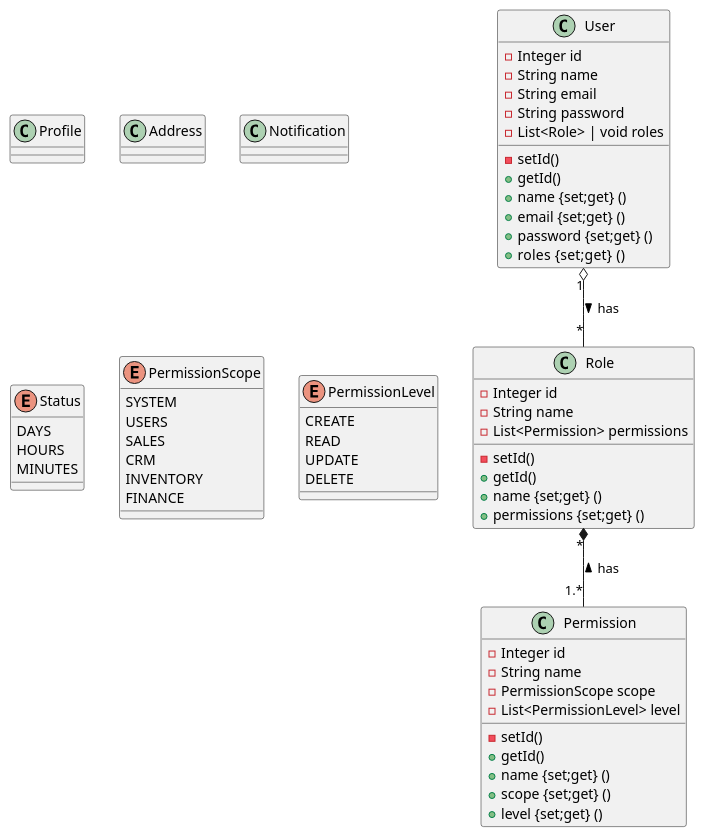
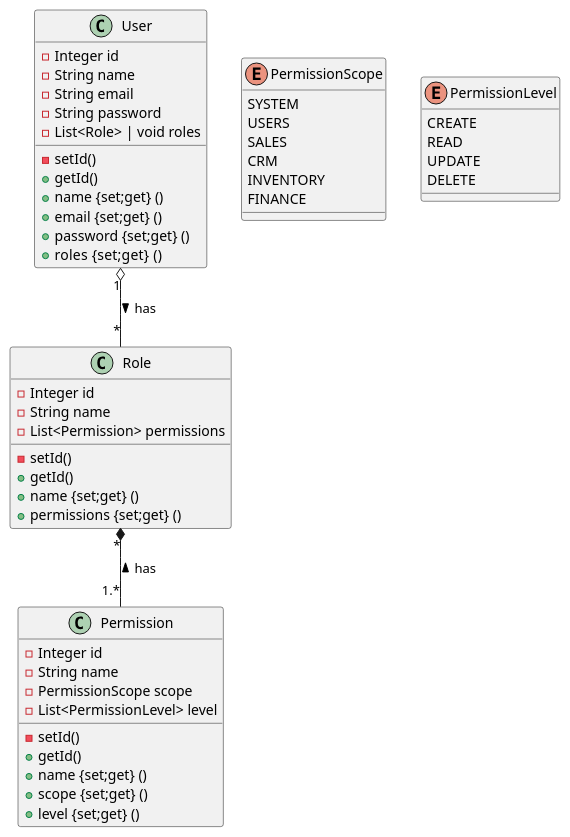
Before and after one commit to ines-erp/knowledgebase: the diagram in Diagrams/2 - Classes/UserCreation.puml, drawn with PlantUML.

```diff
--- a/Diagrams/2 - Classes/UserCreation.puml
+++ b/Diagrams/2 - Classes/UserCreation.puml
@@ -1,79 +1,73 @@
 @startuml
 'https://plantuml.com/class-diagram
 
 class User{
     - Integer id
     - String name
     - String email
     - String password
     - List<Role> | void roles
 
     - setId()
     + getId()
     + name {set;get} ()
     + email {set;get} ()
     + password {set;get} ()
     + roles  {set;get} ()
 }
 
 class Role {
     - Integer id
     - String name
     - List<Permission> permissions
 
     - setId()
     + getId()
     + name {set;get} ()
     + permissions {set;get} ()
 }
 
 class Permission{
     - Integer id
     - String name
     - PermissionScope scope
     - List<PermissionLevel> level
 
     - setId()
     + getId()
     + name {set;get} ()
     + scope {set;get} ()
     + level {set;get} ()
 }
 
-class Profile{
-
-}
-
-class Address
-
-
-class Notification
+'class Profile{
+'
+'}
+'
+'class Address
+'
+'
+'class Notification
 
 
 User "1"  o-- "*" Role : > has
 Role "*" *-- "1.*" Permission : < has
 
-
-enum Status {
-    DAYS
-    HOURS
-    MINUTES
-}
 
 enum PermissionScope{
     SYSTEM
     USERS
     SALES
     CRM
     INVENTORY
     FINANCE
 }
 
 enum PermissionLevel{
     CREATE
     READ
     UPDATE
     DELETE
 }
 
 @enduml
```
